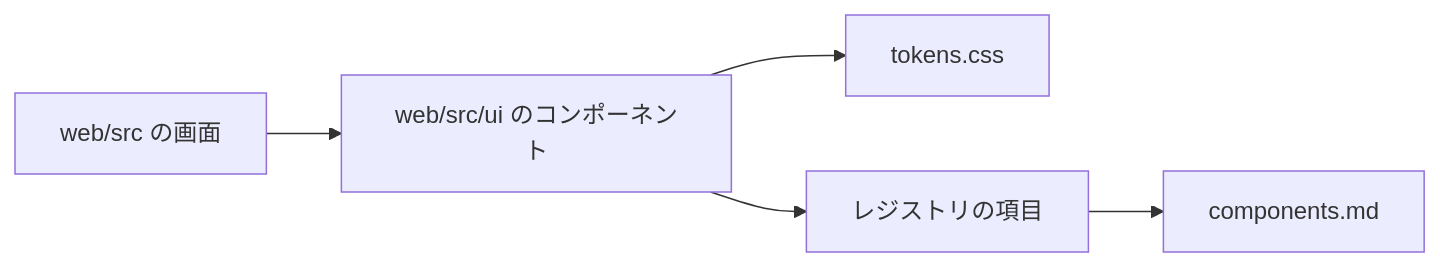
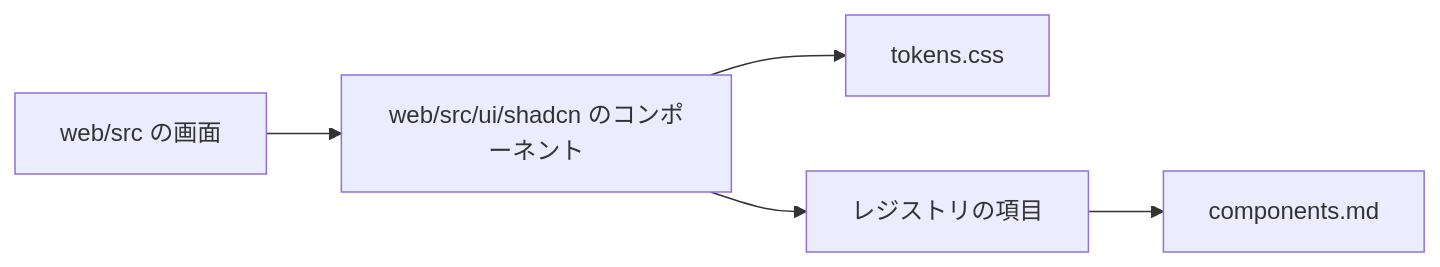
Before and after one commit to syudead/vv: the second of 2 diagrams in translations/ja/docs/design-docs/design-system.md, drawn with Mermaid. The commit also changed other lines of this file, not shown here.

First line of the commit message:
文書: 部品の節の和訳を shadcn フォルダへの移動に合わせる

````diff
--- a/translations/ja/docs/design-docs/design-system.md
+++ b/translations/ja/docs/design-docs/design-system.md
@@ -139,7 +139,7 @@
 ```mermaid
 flowchart LR
-  screen[web/src の画面] --> comp[web/src/ui のコンポーネント]
+  screen[web/src の画面] --> comp[web/src/ui/shadcn のコンポーネント]
   comp --> tokens[tokens.css]
   comp --> item[レジストリの項目]
   item --> rules[components.md]
 ```
````
